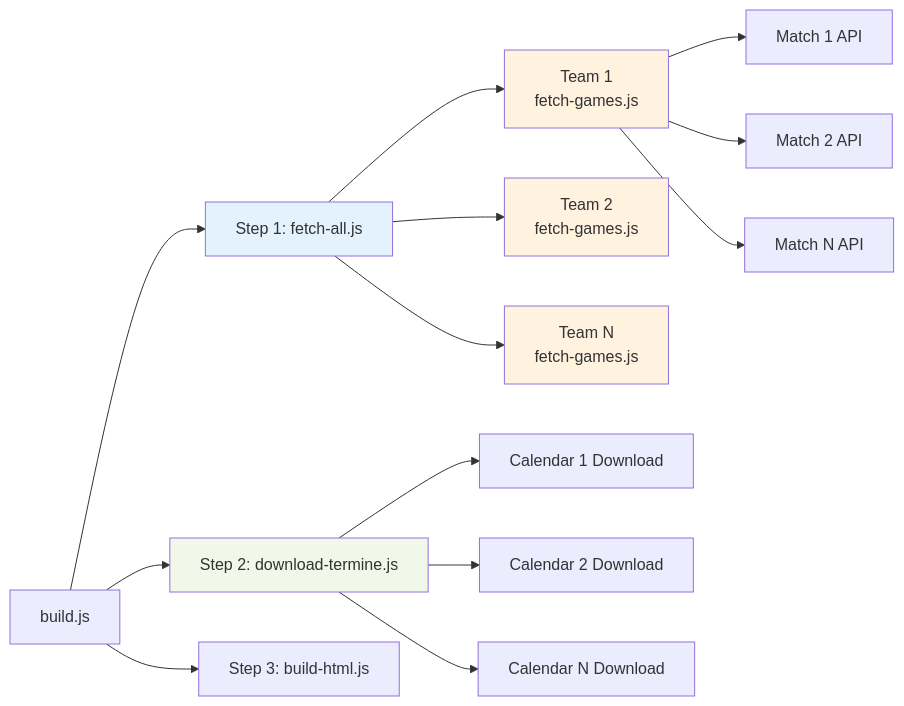
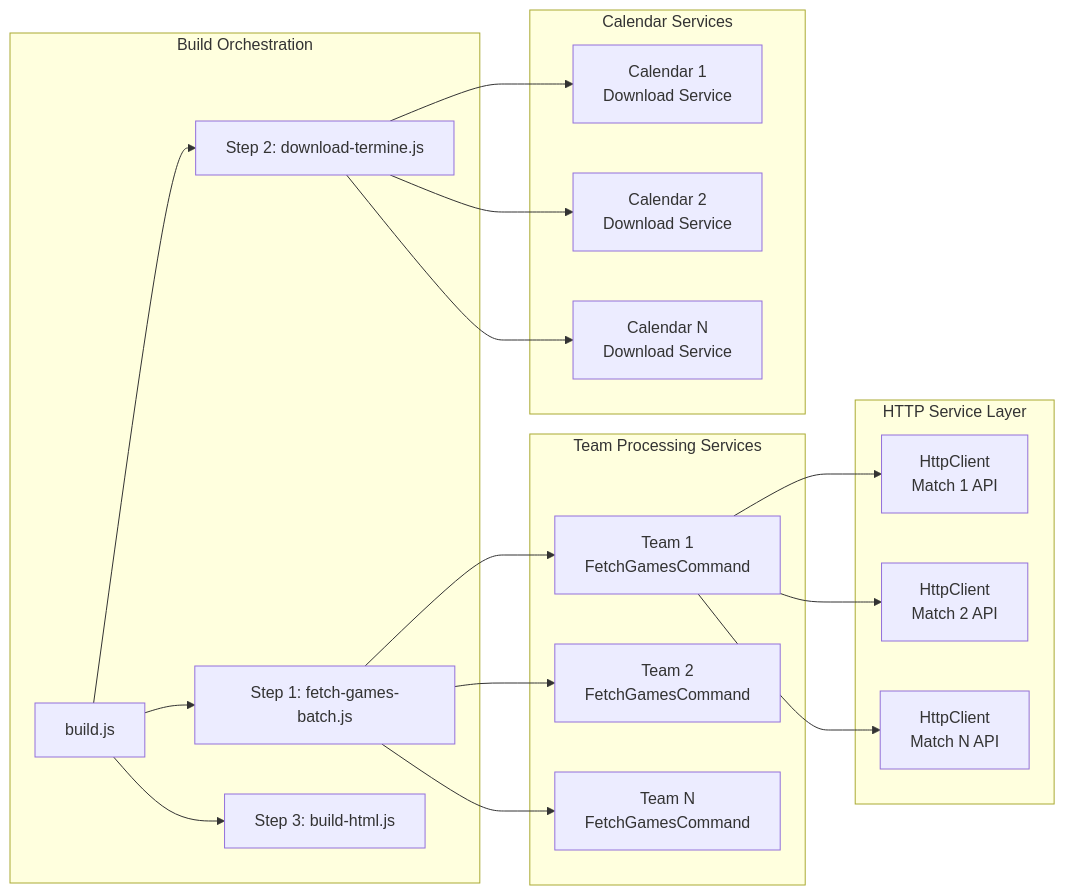
One commit to pkcpkc/bc-lions-moabit changed the fourth of 5 diagrams in README.md. Above: the diagram before and after it, drawn with Mermaid. The commit also changed other lines of this file and 75 other files, not shown here.

Commit message:
Crazy refactoring for better architecture and testability.

````diff
--- a/README.md
+++ b/README.md
@@ -204,24 +284,26 @@
 ```mermaid
 graph LR
-    A[build.js] --> B[Step 1: fetch-all.js]
-    A --> C[Step 2: download-termine.js] 
-    A --> D[Step 3: build-html.js]
+    subgraph "Build Orchestration"
+        A[build.js] --> B[Step 1: fetch-games-batch.js]
+        A --> C[Step 2: download-termine.js] 
+        A --> D[Step 3: build-html.js]
+    end
     
-    B --> E[Team 1<br/>fetch-games.js]
-    B --> F[Team 2<br/>fetch-games.js] 
-    B --> G[Team N<br/>fetch-games.js]
+    subgraph "Team Processing Services"
+        B --> E[Team 1<br/>FetchGamesCommand]
+        B --> F[Team 2<br/>FetchGamesCommand] 
+        B --> G[Team N<br/>FetchGamesCommand]
+    end
     
-    E --> H[Match 1 API]
-    E --> I[Match 2 API]
-    E --> J[Match N API]
+    subgraph "HTTP Service Layer"
+        E --> H[HttpClient<br/>Match 1 API]
+        E --> I[HttpClient<br/>Match 2 API]
+        E --> J[HttpClient<br/>Match N API]
+    end
     
-    C --> K[Calendar 1 Download]
-    C --> L[Calendar 2 Download]
-    C --> M[Calendar N Download]
-    
-    style B fill:#e3f2fd
-    style C fill:#f1f8e9
-    style E fill:#fff3e0
-    style F fill:#fff3e0
-    style G fill:#fff3e0
+    subgraph "Calendar Services"
+        C --> K[Calendar 1<br/>Download Service]
+        C --> L[Calendar 2<br/>Download Service]
+        C --> M[Calendar N<br/>Download Service]
+    end
 ```
````
